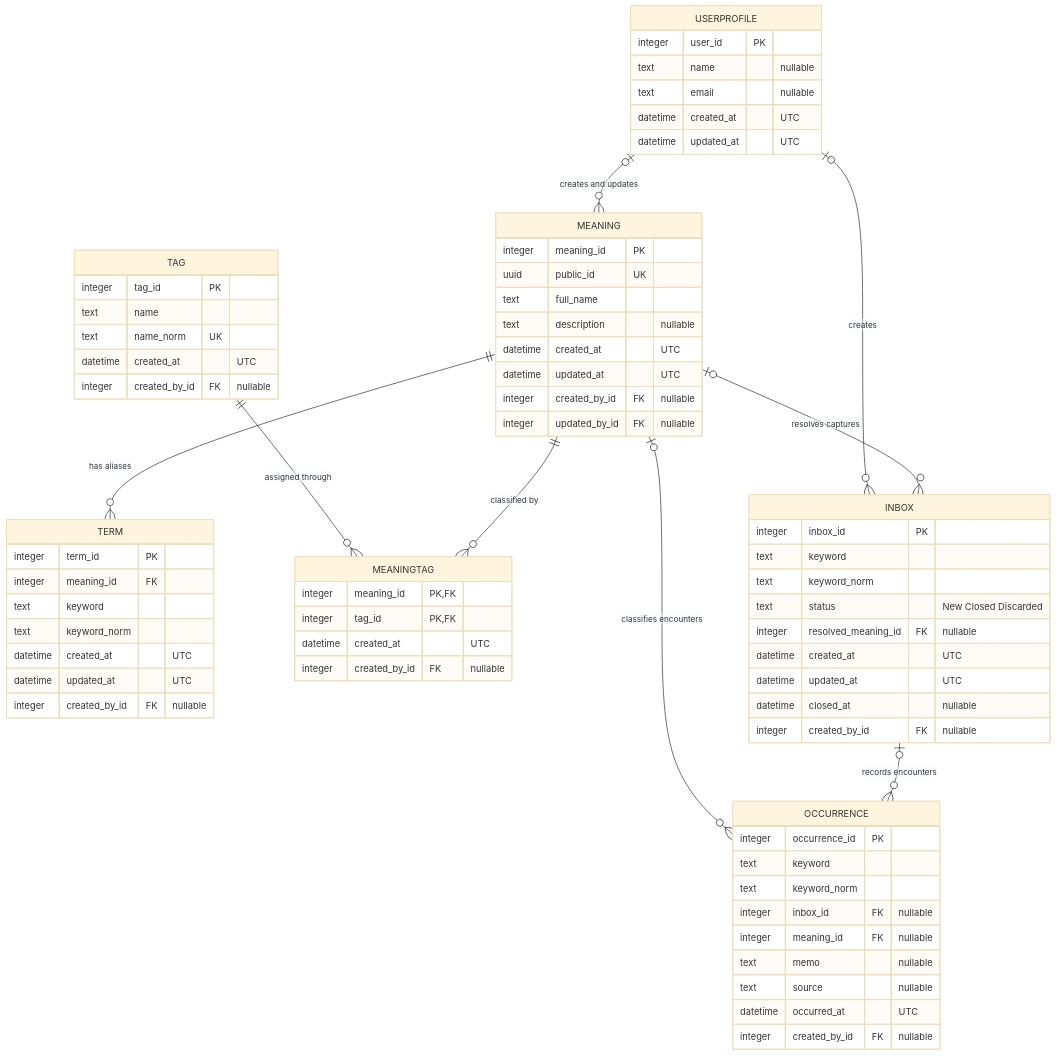
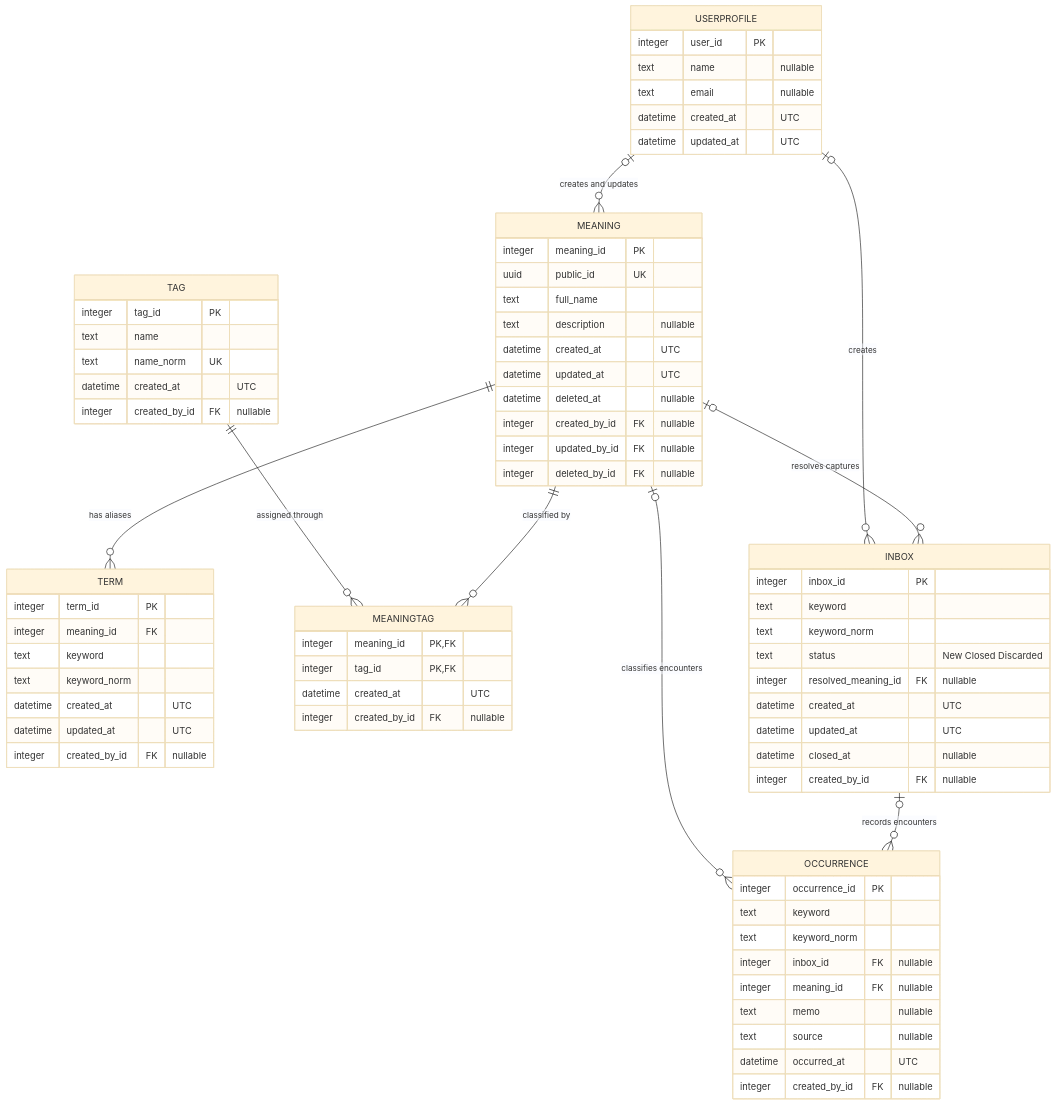
The first of 2 diagrams in docs/003_domain_model.md (niikei/TermKeeper), drawn with Mermaid (base theme) before and after one commit. The commit also changed other lines of this file and 19 other files, not shown here.

````diff
--- a/docs/003_domain_model.md
+++ b/docs/003_domain_model.md
@@ -14,80 +14,82 @@
 ```mermaid
 erDiagram
 
     MEANING ||--o{ TERM : "has aliases"
     MEANING ||--o{ MEANINGTAG : "classified by"
     TAG ||--o{ MEANINGTAG : "assigned through"
     MEANING o|--o{ INBOX : "resolves captures"
     INBOX o|--o{ OCCURRENCE : "records encounters"
     MEANING o|--o{ OCCURRENCE : "classifies encounters"
     USERPROFILE o|--o{ INBOX : "creates"
     USERPROFILE o|--o{ MEANING : "creates and updates"
 
     USERPROFILE {
         integer user_id PK
         text name "nullable"
         text email "nullable"
         datetime created_at "UTC"
         datetime updated_at "UTC"
     }
 
     MEANING {
         integer meaning_id PK
         uuid public_id UK
         text full_name
         text description "nullable"
         datetime created_at "UTC"
         datetime updated_at "UTC"
+        datetime deleted_at "nullable"
         integer created_by_id FK "nullable"
         integer updated_by_id FK "nullable"
+        integer deleted_by_id FK "nullable"
     }
 
     TERM {
         integer term_id PK
         integer meaning_id FK
         text keyword
         text keyword_norm
         datetime created_at "UTC"
         datetime updated_at "UTC"
         integer created_by_id FK "nullable"
     }
 
     TAG {
         integer tag_id PK
         text name
         text name_norm UK
         datetime created_at "UTC"
         integer created_by_id FK "nullable"
     }
 
     MEANINGTAG {
         integer meaning_id PK, FK
         integer tag_id PK, FK
         datetime created_at "UTC"
         integer created_by_id FK "nullable"
     }
 
     INBOX {
         integer inbox_id PK
         text keyword
         text keyword_norm
         text status "New Closed Discarded"
         integer resolved_meaning_id FK "nullable"
         datetime created_at "UTC"
         datetime updated_at "UTC"
         datetime closed_at "nullable"
         integer created_by_id FK "nullable"
     }
 
     OCCURRENCE {
         integer occurrence_id PK
         text keyword
         text keyword_norm
         integer inbox_id FK "nullable"
         integer meaning_id FK "nullable"
         text memo "nullable"
         text source "nullable"
         datetime occurred_at "UTC"
         integer created_by_id FK "nullable"
     }
 ```
````
